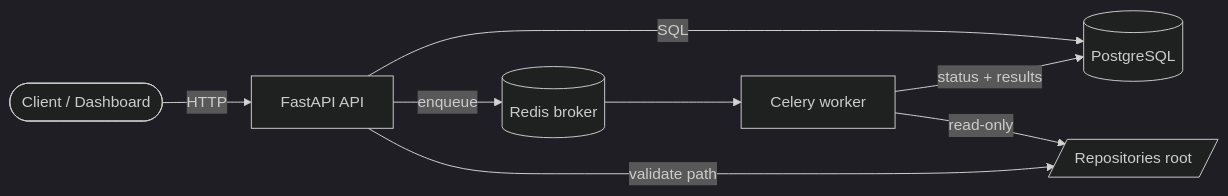
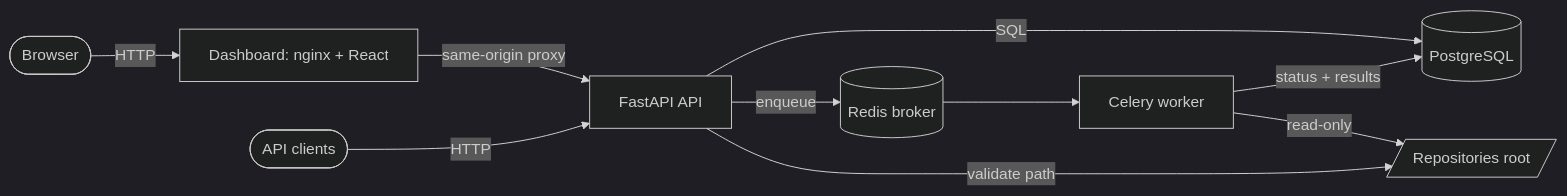
The diagram in README.md (AAli-gh/AI-Powered-Software-Testing-Platform), drawn with Mermaid (dark theme) before and after one commit. The commit also changed other lines of this file and 93 other files, not shown here.

````diff
--- a/README.md
+++ b/README.md
@@ -61,10 +64,12 @@
 ```mermaid
 flowchart LR
-    client([Client / Dashboard]) -->|HTTP| api[FastAPI API]
+    browser([Browser]) -->|HTTP| web[Dashboard: nginx + React]
+    web -->|same-origin proxy| api[FastAPI API]
+    client([API clients]) -->|HTTP| api
     api -->|SQL| pg[(PostgreSQL)]
     api -->|enqueue| redis[(Redis broker)]
     redis --> worker[Celery worker]
     worker -->|status + results| pg
     worker -->|read-only| repos[/Repositories root/]
     api -->|validate path| repos
 ```
````
